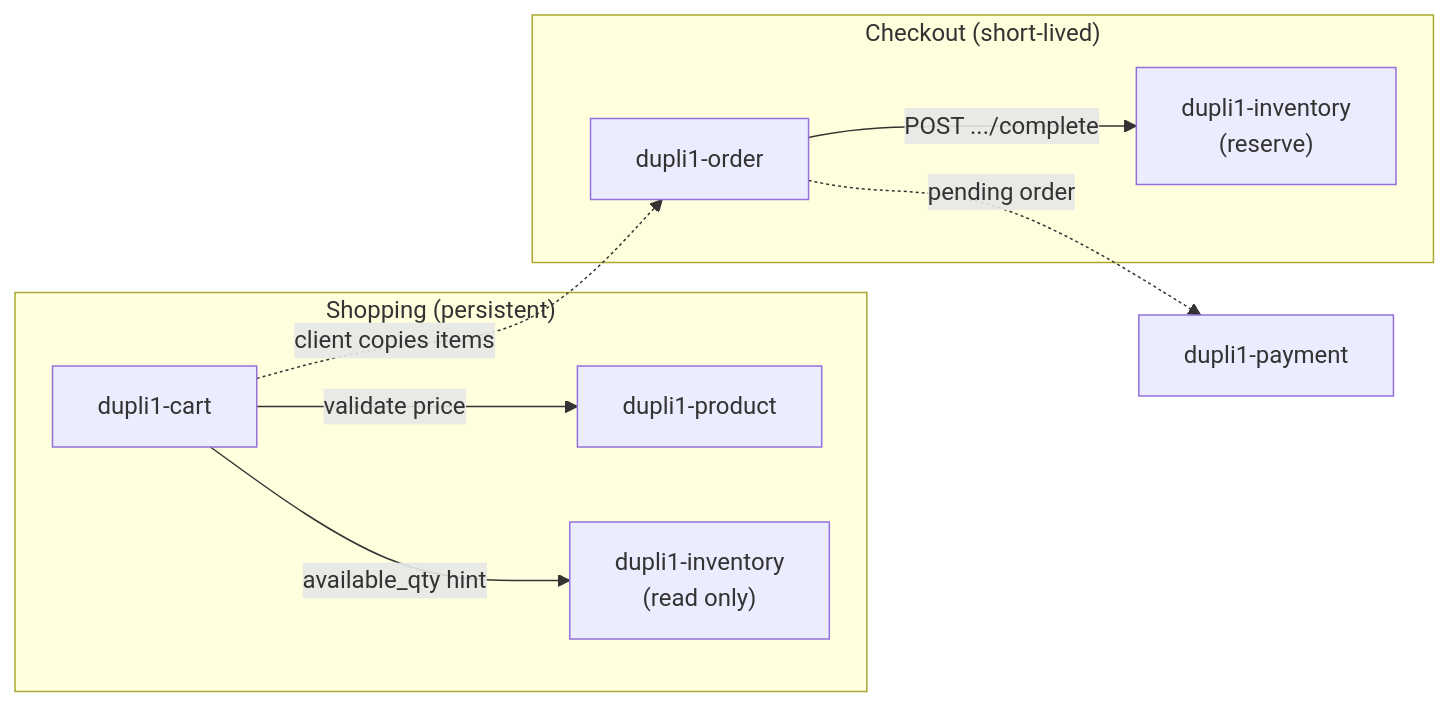
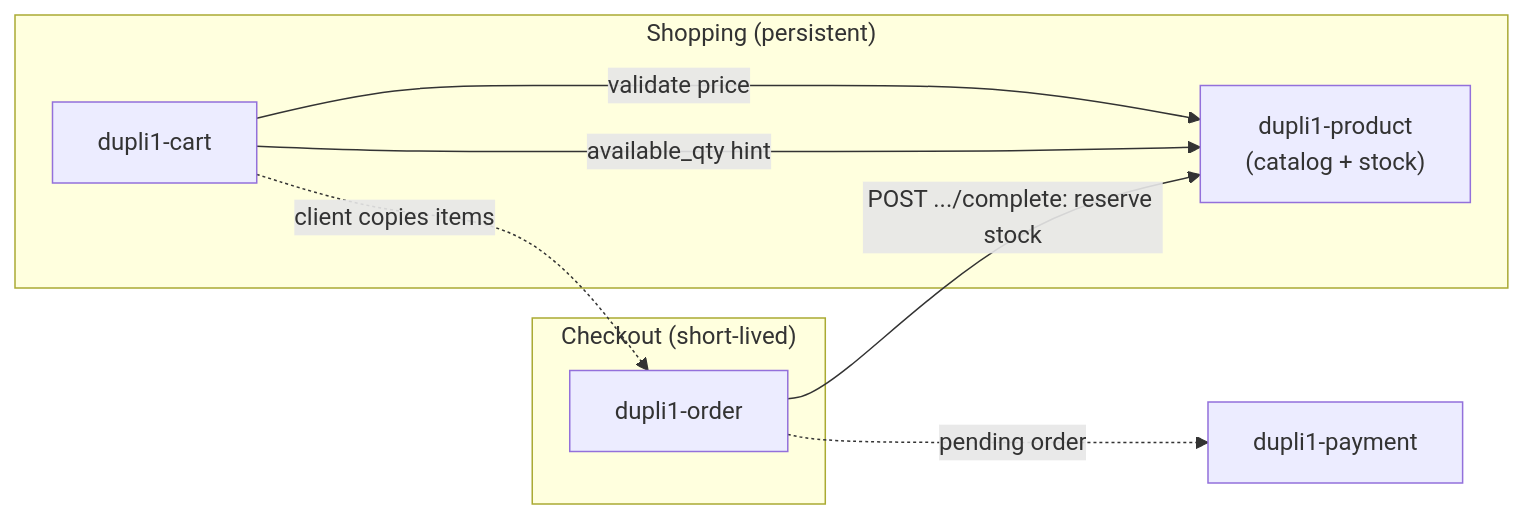
One commit to elug3/dupli1 changed the first of 2 diagrams in docs/cart-service.md. Above: the diagram before and after it, drawn with Mermaid. The commit also changed other lines of this file and 5 other files, not shown here.

````diff
--- a/docs/cart-service.md
+++ b/docs/cart-service.md
@@ -9,19 +9,17 @@
 ```mermaid
 flowchart LR
     subgraph shopping["Shopping (persistent)"]
         Cart["dupli1-cart"]
-        Product["dupli1-product"]
-        InvRead["dupli1-inventory<br/>(read only)"]
+        Product["dupli1-product<br/>(catalog + stock)"]
     end
 
     subgraph checkout["Checkout (short-lived)"]
         Order["dupli1-order"]
-        InvWrite["dupli1-inventory<br/>(reserve)"]
     end
 
     Cart -->|"validate price"| Product
-    Cart -->|"available_qty hint"| InvRead
+    Cart -->|"available_qty hint"| Product
     Cart -.->|"client copies items"| Order
-    Order -->|"POST .../complete"| InvWrite
+    Order -->|"POST .../complete: reserve stock"| Product
     Order -.->|"pending order"| Pay["dupli1-payment"]
 ```
````
